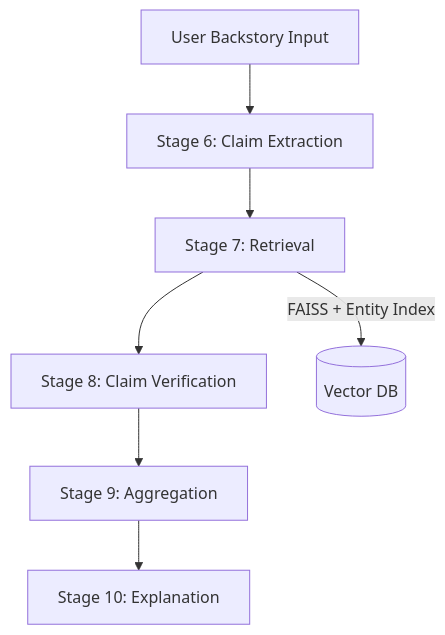
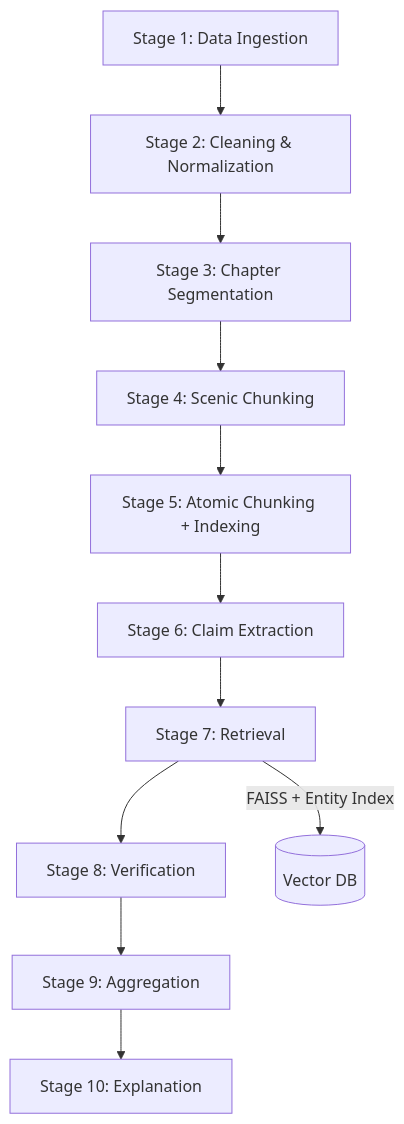
The first of 2 diagrams in README.md (takeitezybaby/local-backstory-llm-RAG), drawn with Mermaid before and after one commit. The commit also changed other lines of this file, not shown here.

````diff
--- a/README.md
+++ b/README.md
@@ -21,10 +27,14 @@
 ```mermaid
 flowchart TD
-    A[User Backstory Input] --> B[Stage 6: Claim Extraction]
-    B --> C[Stage 7: Retrieval]
-    C --> D[Stage 8: Claim Verification]
-    D --> E[Stage 9: Aggregation]
-    E --> F[Stage 10: Explanation]
+    A[Stage 1: Data Ingestion] --> B[Stage 2: Cleaning & Normalization]
+    B --> C[Stage 3: Chapter Segmentation]
+    C --> D[Stage 4: Scenic Chunking]
+    D --> E[Stage 5: Atomic Chunking + Indexing]
+    E --> F[Stage 6: Claim Extraction]
+    F --> G[Stage 7: Retrieval]
+    G --> H[Stage 8: Verification]
+    H --> I[Stage 9: Aggregation]
+    I --> J[Stage 10: Explanation]
 
-    C -->|FAISS + Entity Index| G[(Vector DB)]
+    G -->|FAISS + Entity Index| K[(Vector DB)]
 ```
````
